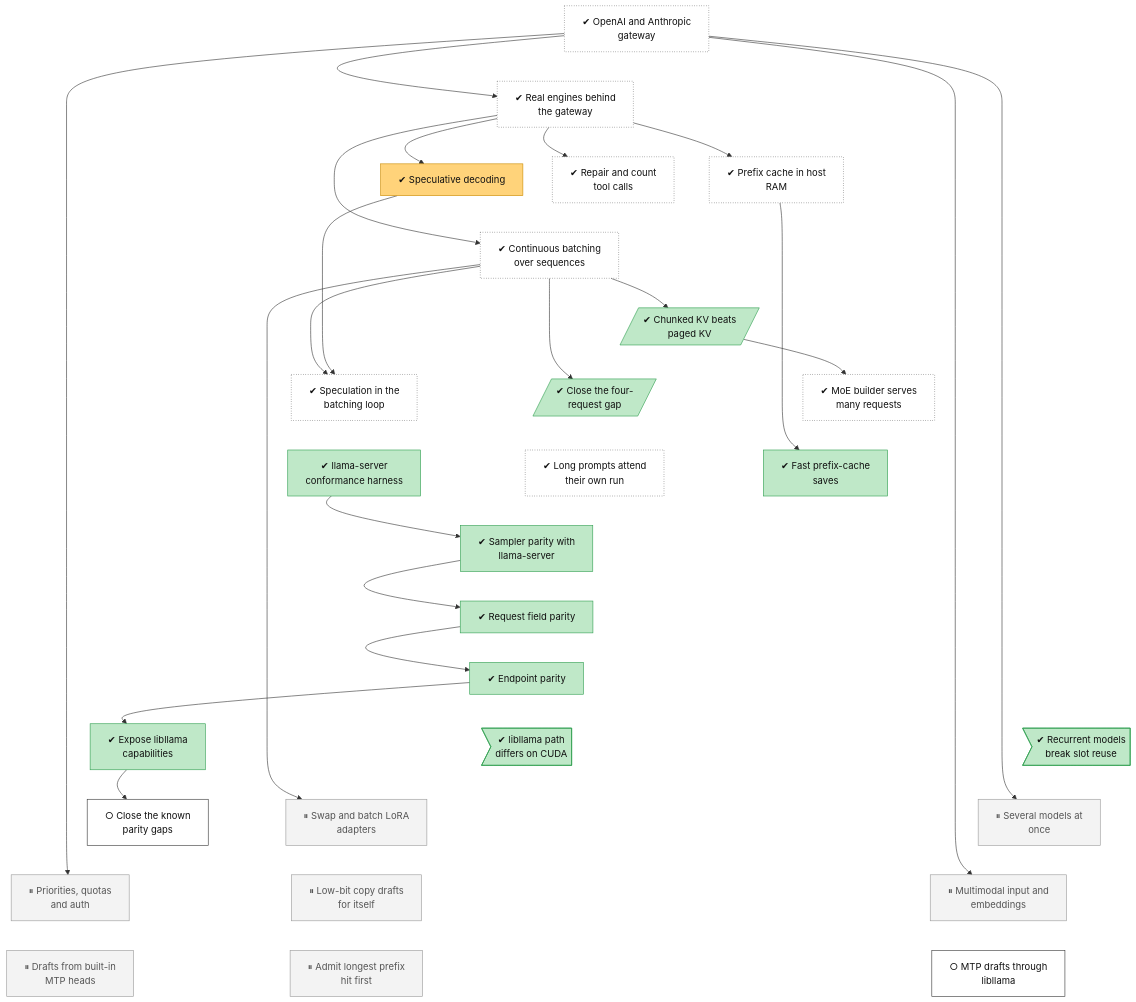
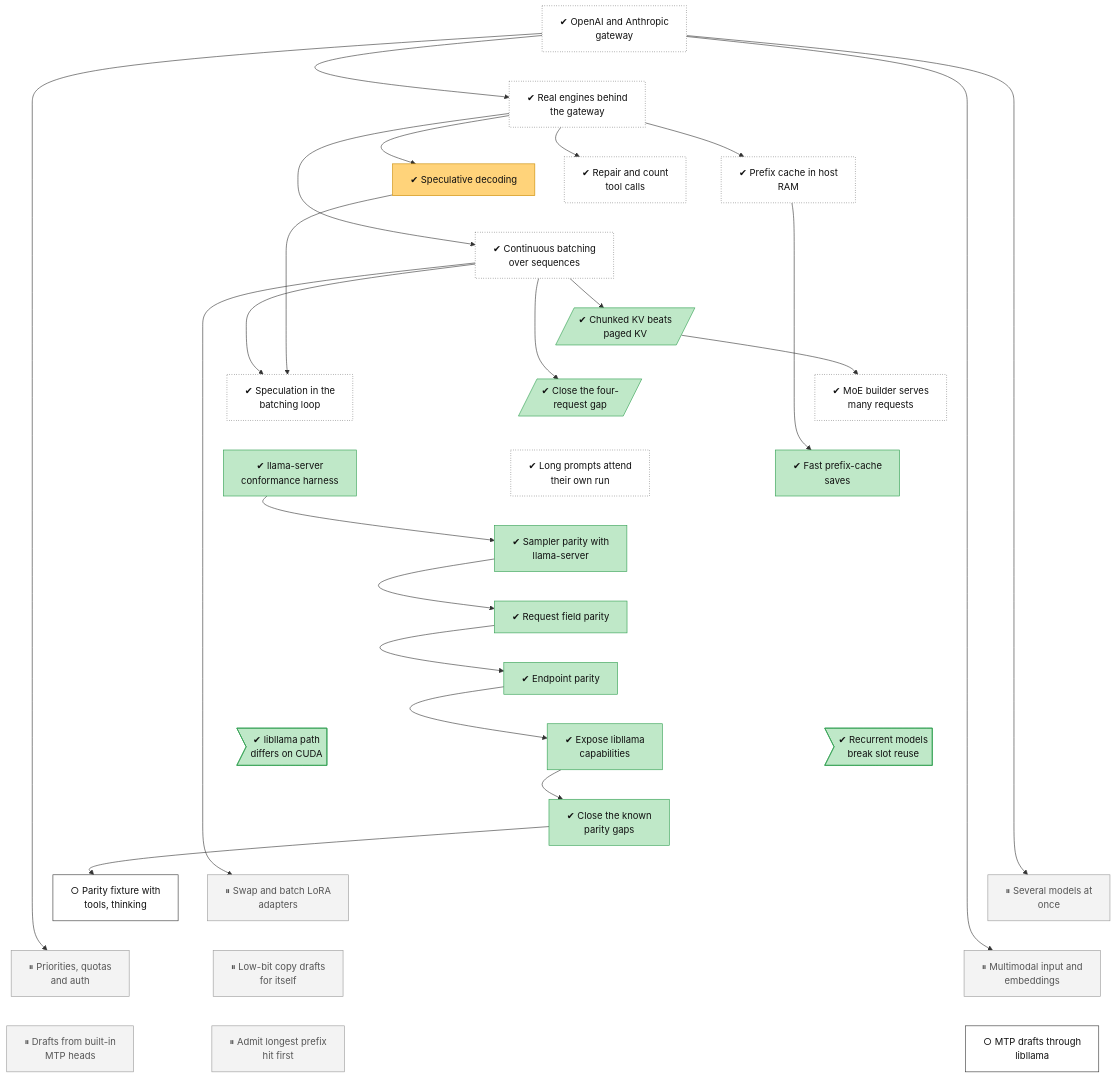
One commit to lhns/tetraeder changed the diagram in docs/roadmap/tracks/serving.md. Above: the diagram before and after it, drawn with Mermaid. The commit also changed other lines of this file and 3 other files, not shown here.

Commit message:
Tree: serving-parity-remaining done (five of six gaps closed, CI run 45910480502); new node serving-parity-tool-template (not measured)

````diff
--- a/docs/roadmap/tracks/serving.md
+++ b/docs/roadmap/tracks/serving.md
@@ -28,7 +28,8 @@
     serving_parity_libllama["✔ Expose libllama<br/>capabilities"]
     serving_recurrent_reuse>"✔ Recurrent models<br/>break slot reuse"]
     serving_cuda_parity>"✔ libllama path<br/>differs on CUDA"]
-    serving_parity_remaining["○ Close the known<br/>parity gaps"]
+    serving_parity_remaining["✔ Close the known<br/>parity gaps"]
+    serving_parity_tool_template["○ Parity fixture with<br/>tools, thinking"]
     serving_multi_model["⏸ Several models at<br/>once"]
     serving_multi_lora["⏸ Swap and batch LoRA<br/>adapters"]
     serving_auth_quotas["⏸ Priorities, quotas<br/>and auth"]
@@ -60,9 +61,12 @@
     serving_parity_endpoints ~~~ serving_recurrent_reuse
     serving_parity_endpoints ~~~ serving_cuda_parity
     serving_parity_libllama ~~~ serving_parity_remaining
-    serving_recurrent_reuse ~~~ serving_multi_model
-    serving_cuda_parity ~~~ serving_multi_lora
-    serving_parity_remaining ~~~ serving_auth_quotas
+    serving_recurrent_reuse ~~~ serving_parity_remaining
+    serving_cuda_parity ~~~ serving_parity_remaining
+    serving_parity_remaining ~~~ serving_parity_tool_template
+    serving_parity_remaining ~~~ serving_multi_model
+    serving_parity_remaining ~~~ serving_multi_lora
+    serving_parity_tool_template ~~~ serving_auth_quotas
     serving_multi_model ~~~ serving_multimodal
     serving_multi_lora ~~~ serving_self_spec
     serving_auth_quotas ~~~ serving_mtp_drafts
@@ -84,6 +88,7 @@
     serving_parity_fields --> serving_parity_endpoints
     serving_parity_endpoints --> serving_parity_libllama
     serving_parity_libllama --> serving_parity_remaining
+    serving_parity_remaining --> serving_parity_tool_template
     serving_gateway --> serving_multi_model
     serving_batching --> serving_multi_lora
     serving_gateway --> serving_auth_quotas
@@ -104,7 +109,7 @@
     classDef waiting fill:#e3f2fd,stroke:#1f6fc5,stroke-dasharray:5 5,color:#111
     class serving_gateway,serving_real_engines,serving_prefix_cache,serving_tool_calls,serving_batching,serving_moe_batch,serving_spec_batching,serving_own_run_attention unrated
     class serving_speculative mixed
-    class serving_kv_layout,serving_c4_gap,serving_prefix_save,serving_parity_harness,serving_parity_sampling,serving_parity_fields,serving_parity_endpoints,serving_parity_libllama,serving_recurrent_reuse,serving_cuda_parity succ
-    class serving_parity_remaining,serving_mtp_libllama next
+    class serving_kv_layout,serving_c4_gap,serving_prefix_save,serving_parity_harness,serving_parity_sampling,serving_parity_fields,serving_parity_endpoints,serving_parity_libllama,serving_recurrent_reuse,serving_cuda_parity,serving_parity_remaining succ
+    class serving_parity_tool_template,serving_mtp_libllama next
     class serving_multi_model,serving_multi_lora,serving_auth_quotas,serving_multimodal,serving_self_spec,serving_mtp_drafts,serving_prefix_first parked
 ```
````
